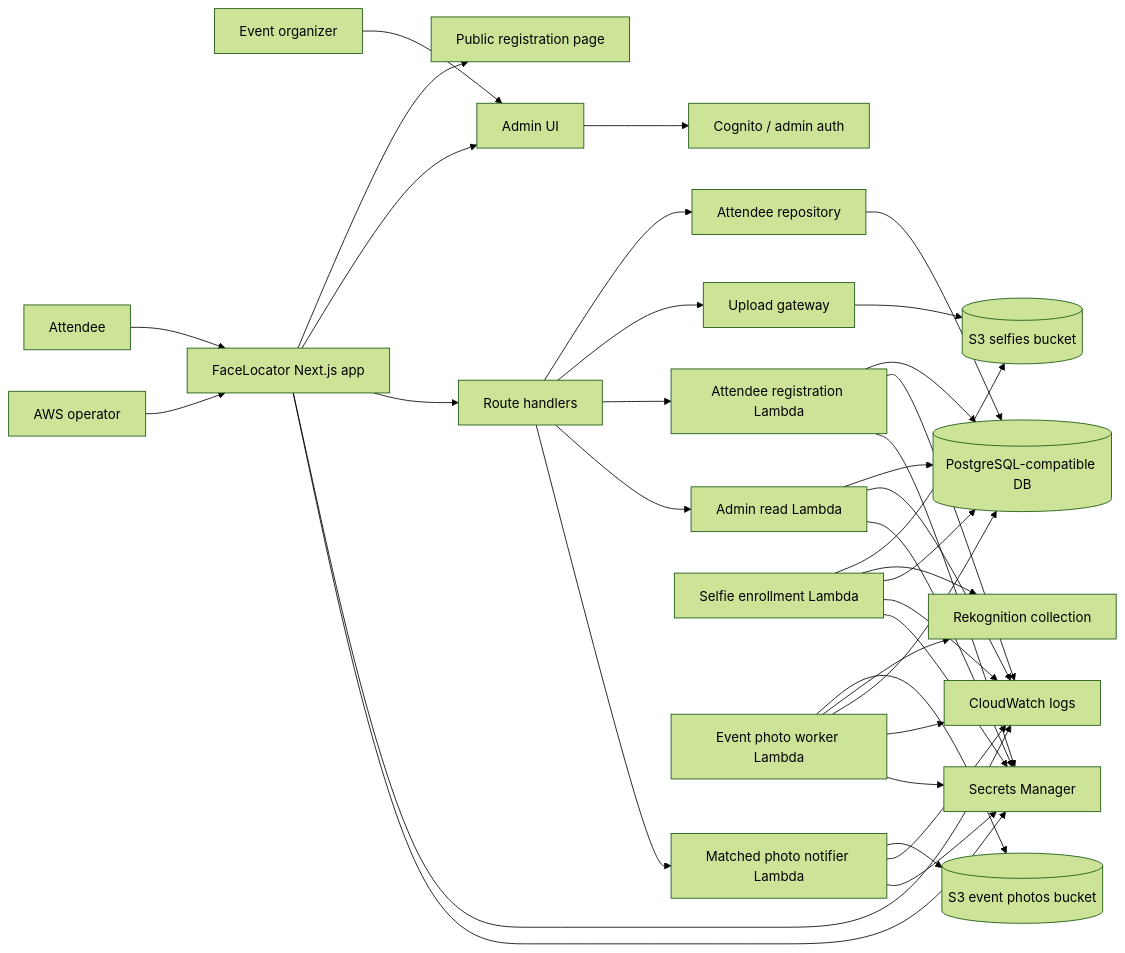
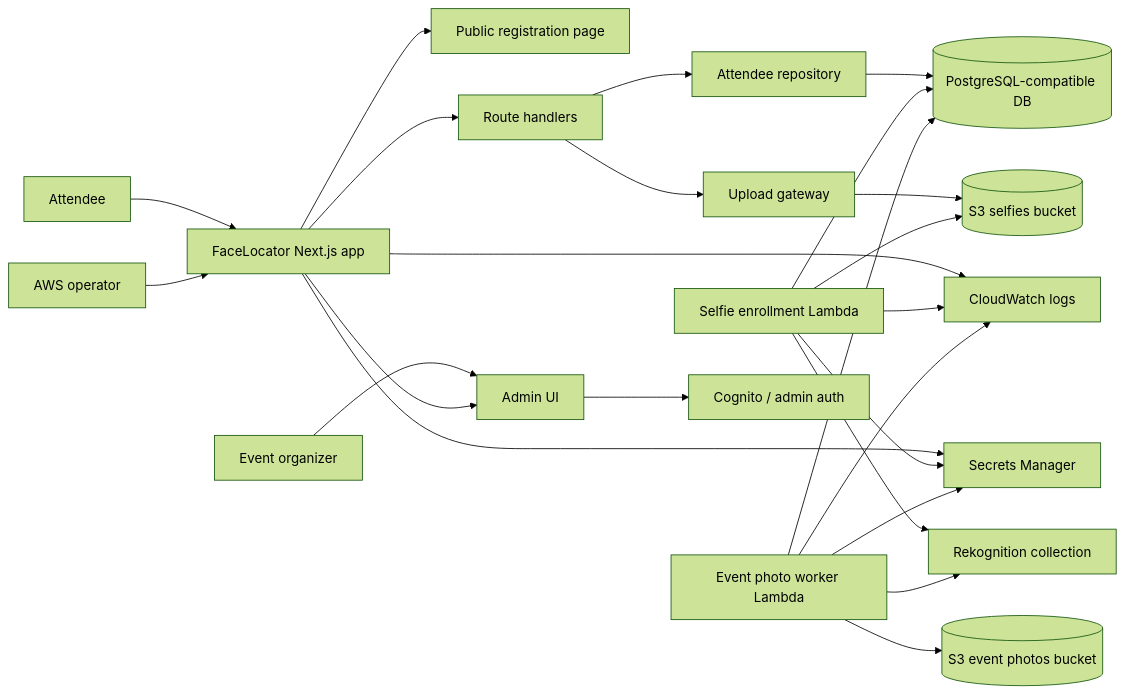
One commit to anyulled/FaceLocator changed the first of 8 diagrams in README.md. Above: the diagram before and after it, drawn with Mermaid (forest theme). The commit also changed other lines of this file and 38 other files, not shown here.

````diff
--- a/README.md
+++ b/README.md
@@ -27,61 +27,46 @@
 ```mermaid
 flowchart LR
   attendee[Attendee]
   organizer[Event organizer]
   operator[AWS operator]
 
   app[FaceLocator Next.js app]
   publicPage[Public registration page]
   adminPage[Admin UI]
   api[Route handlers]
   repo[Attendee repository]
   upload[Upload gateway]
-  attendeeLambda[Attendee registration Lambda]
-  adminReadLambda[Admin read Lambda]
-  matchedNotifierLambda[Matched photo notifier Lambda]
   db[(PostgreSQL-compatible DB)]
   selfies[(S3 selfies bucket)]
   photos[(S3 event photos bucket)]
   lambda1[Selfie enrollment Lambda]
   lambda2[Event photo worker Lambda]
   rek[Rekognition collection]
   cognito[Cognito / admin auth]
   cloudwatch[CloudWatch logs]
   secrets[Secrets Manager]
 
   attendee --> app
   organizer --> adminPage
   operator --> app
   app --> publicPage
   app --> adminPage
   app --> api
   api --> repo
   api --> upload
-  api --> attendeeLambda
-  api --> adminReadLambda
-  api --> matchedNotifierLambda
   repo --> db
   upload --> selfies
-  attendeeLambda --> db
-  adminReadLambda --> db
-  matchedNotifierLambda --> photos
   lambda1 --> selfies
   lambda1 --> rek
   lambda1 --> db
   lambda2 --> photos
   lambda2 --> rek
   lambda2 --> db
   adminPage --> cognito
   app --> cloudwatch
-  attendeeLambda --> cloudwatch
-  adminReadLambda --> cloudwatch
-  matchedNotifierLambda --> cloudwatch
   lambda1 --> cloudwatch
   lambda2 --> cloudwatch
   app --> secrets
-  attendeeLambda --> secrets
-  adminReadLambda --> secrets
-  matchedNotifierLambda --> secrets
   lambda1 --> secrets
   lambda2 --> secrets
 ```
````
